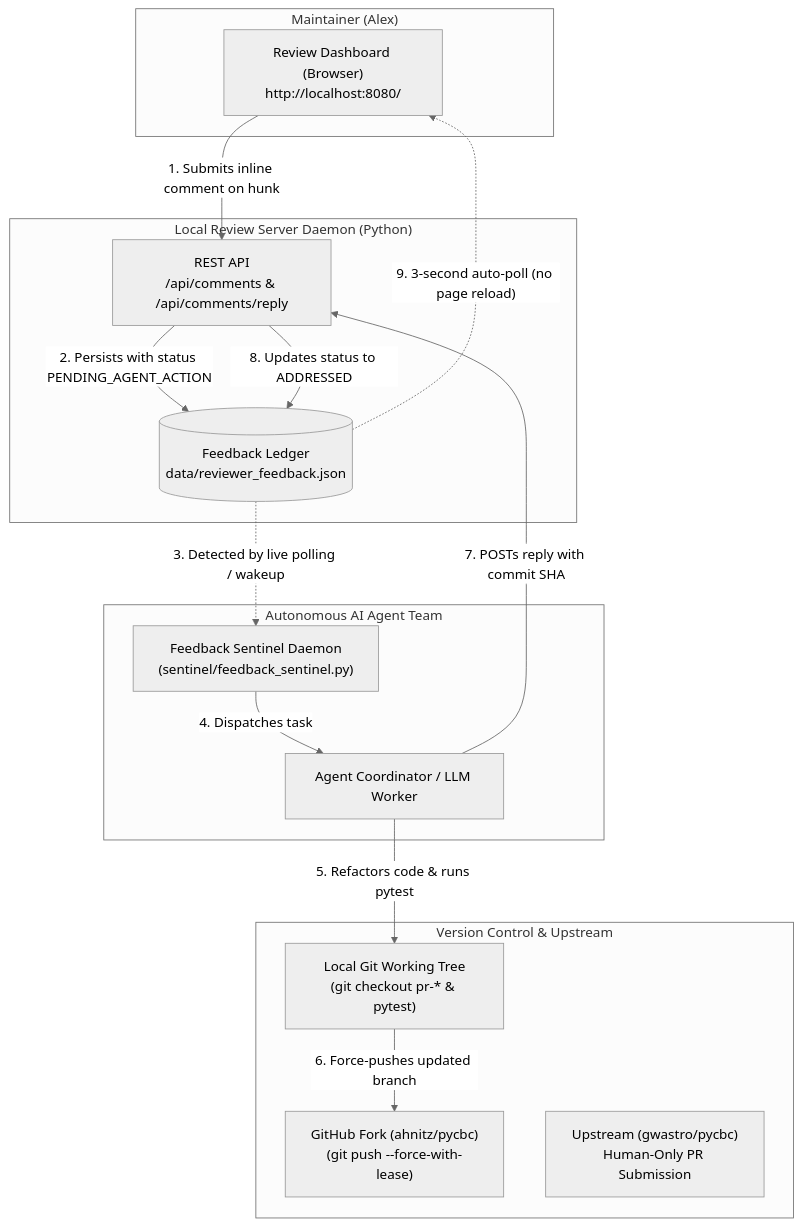
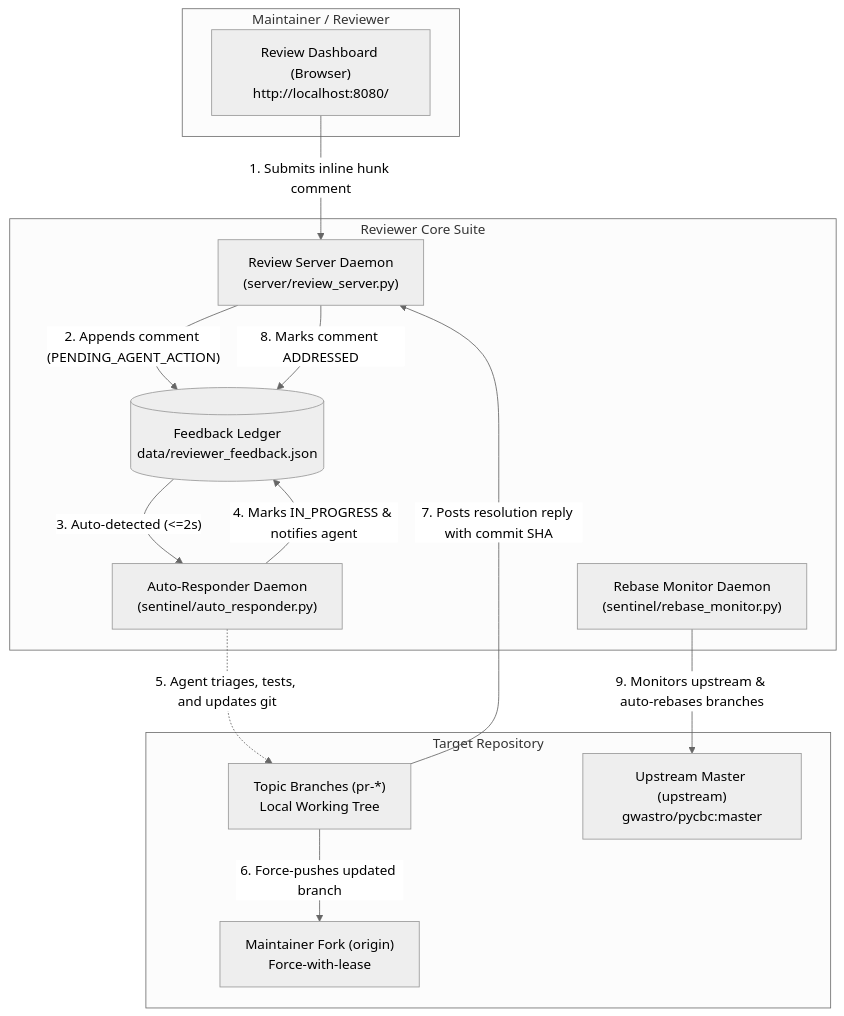
Before and after one commit to ahnitz/reviewer: the diagram in README.md, drawn with Mermaid (neutral theme). The commit also changed other lines of this file and 8 other files, not shown here.

First line of the commit message:
feat(reviewer): Release autonomous dual-direction PR review and upstream sync suite

````diff
--- a/README.md
+++ b/README.md
@@ -11,32 +11,29 @@
 ```mermaid
 flowchart TD
-    subgraph Human["Maintainer (Alex)"]
+    subgraph Human["Maintainer / Reviewer"]
         UI["Review Dashboard (Browser)\nhttp://localhost:8080/"]
     end
 
-    subgraph Server["Local Review Server Daemon (Python)"]
-        API["REST API\n/api/comments & /api/comments/reply"]
+    subgraph Reviewer["Reviewer Core Suite"]
+        SERVER["Review Server Daemon\n(server/review_server.py)"]
         LEDGER[("Feedback Ledger\ndata/reviewer_feedback.json")]
+        REBASE["Rebase Monitor Daemon\n(sentinel/rebase_monitor.py)"]
+        RESPONDER["Auto-Responder Daemon\n(sentinel/auto_responder.py)"]
     end
 
-    subgraph Agents["Autonomous AI Agent Team"]
-        SENTINEL["Feedback Sentinel Daemon\n(sentinel/feedback_sentinel.py)"]
-        COORDINATOR["Agent Coordinator / LLM Worker"]
+    subgraph Git["Target Repository"]
+        LOCAL_GIT["Topic Branches (pr-*)\nLocal Working Tree"]
+        REMOTE_FORK["Maintainer Fork (origin)\nForce-with-lease"]
+        UPSTREAM["Upstream Master (upstream)\ngwastro/pycbc:master"]
     end
 
-    subgraph GitEnv["Version Control & Upstream"]
-        LOCAL_GIT["Local Git Working Tree\n(git checkout pr-* & pytest)"]
-        REMOTE_GIT["GitHub Fork (ahnitz/pycbc)\n(git push --force-with-lease)"]
-        UPSTREAM["Upstream (gwastro/pycbc)\nHuman-Only PR Submission"]
-    end
-
-    UI -- "1. Submits inline comment on hunk" --> API
-    API -- "2. Persists with status PENDING_AGENT_ACTION" --> LEDGER
-    LEDGER -. "3. Detected by live polling / wakeup" .-> SENTINEL
-    SENTINEL -- "4. Dispatches task" --> COORDINATOR
-    COORDINATOR -- "5. Refactors code & runs pytest" --> LOCAL_GIT
-    LOCAL_GIT -- "6. Force-pushes updated branch" --> REMOTE_GIT
-    COORDINATOR -- "7. POSTs reply with commit SHA" --> API
-    API -- "8. Updates status to ADDRESSED" --> LEDGER
-    LEDGER -. "9. 3-second auto-poll (no page reload)" .-> UI
+    UI -- "1. Submits inline hunk comment" --> SERVER
+    SERVER -- "2. Appends comment (PENDING_AGENT_ACTION)" --> LEDGER
+    LEDGER -- "3. Auto-detected (<=2s)" --> RESPONDER
+    RESPONDER -- "4. Marks IN_PROGRESS & notifies agent" --> LEDGER
+    RESPONDER -. "5. Agent triages, tests, and updates git" .-> LOCAL_GIT
+    LOCAL_GIT -- "6. Force-pushes updated branch" --> REMOTE_FORK
+    LOCAL_GIT -- "7. Posts resolution reply with commit SHA" --> SERVER
+    SERVER -- "8. Marks comment ADDRESSED" --> LEDGER
+    REBASE -- "9. Monitors upstream & auto-rebases branches" --> UPSTREAM
 ```
````
